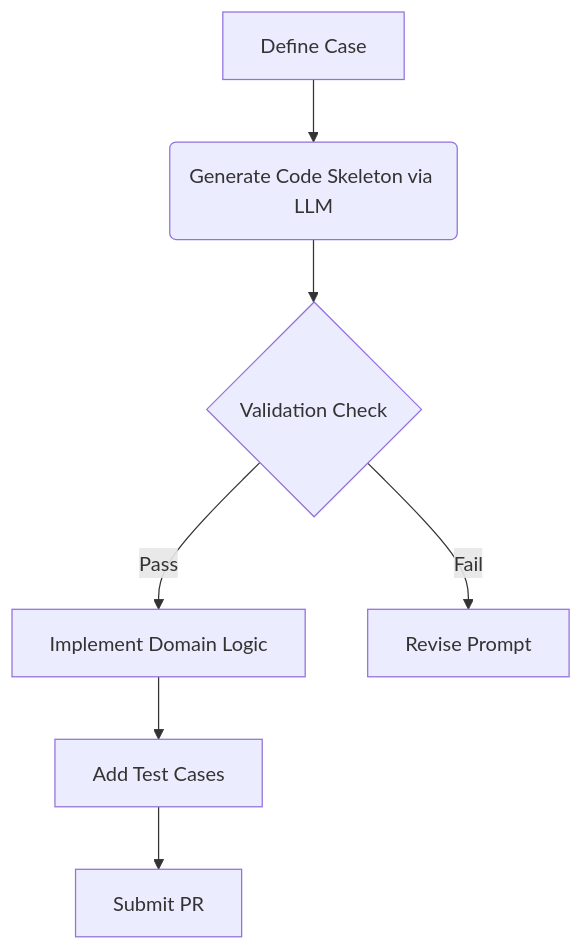
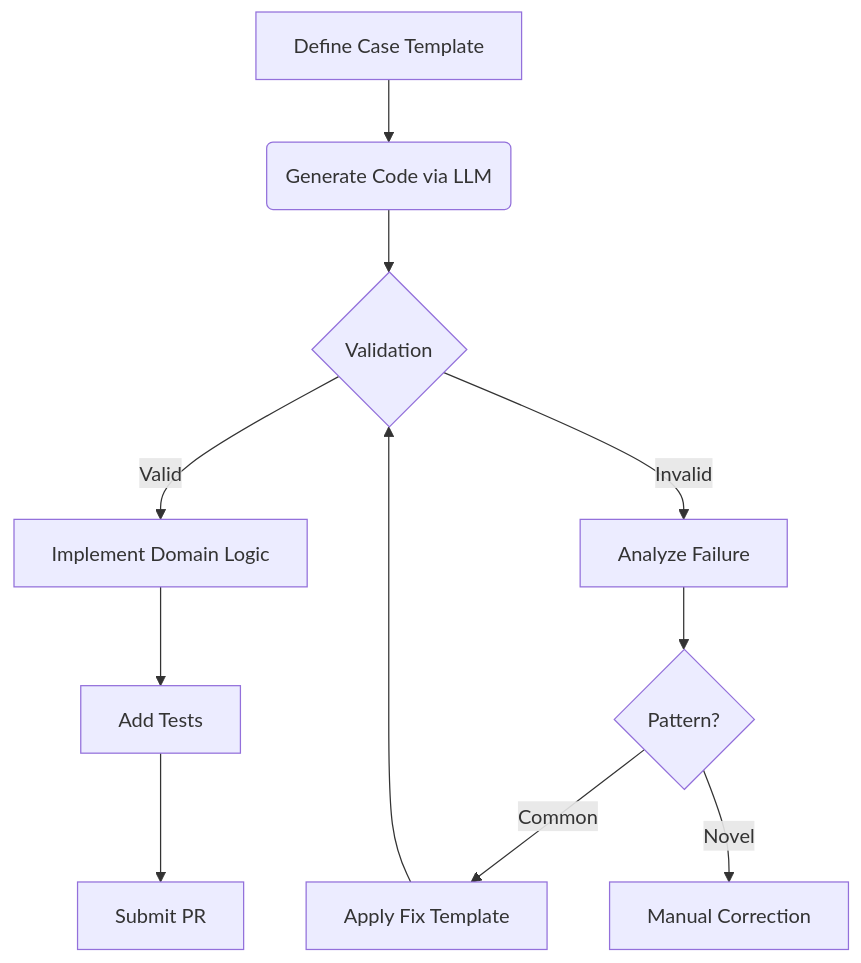
One commit to genaforvena/watching_u_watching changed the first of 2 diagrams in how_to_apply_guide/extending_framework.md. Above: the diagram before and after it, drawn with Mermaid. The commit also changed other lines of this file and 3 other files, not shown here.

````diff
--- a/how_to_apply_guide/extending_framework.md
+++ b/how_to_apply_guide/extending_framework.md
@@ -60,9 +111,13 @@
 ```mermaid
 graph TD
-A[Define Case] --> B(Generate Code Skeleton via LLM)
-B --> C{Validation Check}
-C -->|Pass| D[Implement Domain Logic]
-C -->|Fail| E[Revise Prompt]
-D --> F[Add Test Cases]
-F --> G[Submit PR]
+A[Define Case Template] --> B(Generate Code via LLM)
+B --> C{Validation}
+C -->|Valid| D[Implement Domain Logic]
+C -->|Invalid| E[Analyze Failure]
+E --> F{Pattern?}
+F -->|Common| G[Apply Fix Template]
+F -->|Novel| H[Manual Correction]
+G --> C
+D --> I[Add Tests]
+I --> J[Submit PR]
 ```
````
